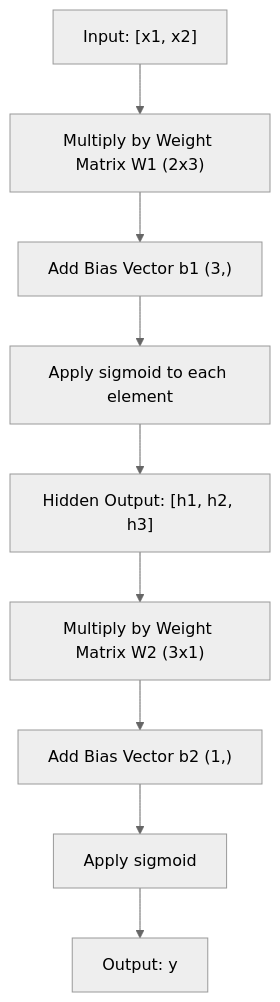
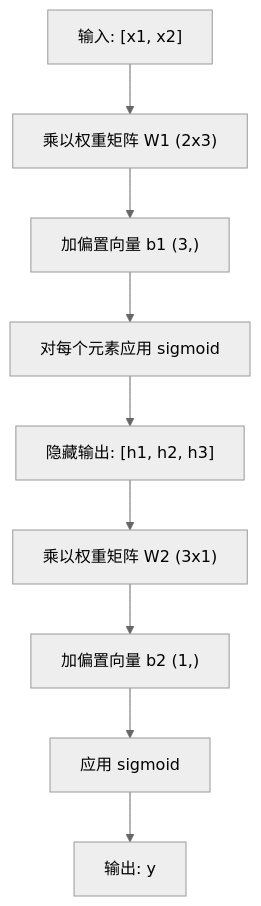
One commit to guangningsun/ailearning changed the second of 3 diagrams in lessons/03-deep-learning-core/02-multi-layer-networks/docs/zh.md. Above: the diagram before and after it, drawn with Mermaid (neutral theme). The commit also changed other lines of this file and 13 other files, not shown here.

````diff
--- a/lessons/03-deep-learning-core/02-multi-layer-networks/docs/zh.md
+++ b/lessons/03-deep-learning-core/02-multi-layer-networks/docs/zh.md
@@ -88,11 +88,11 @@
 ```mermaid
 graph TD
-    X["Input: [x1, x2]"] --> WH["Multiply by Weight Matrix W1 (2x3)"]
-    WH --> BH["Add Bias Vector b1 (3,)"]
-    BH --> AH["Apply sigmoid to each element"]
-    AH --> H["Hidden Output: [h1, h2, h3]"]
-    H --> WO["Multiply by Weight Matrix W2 (3x1)"]
-    WO --> BO["Add Bias Vector b2 (1,)"]
-    BO --> AO["Apply sigmoid"]
-    AO --> Y["Output: y"]
+    X["输入: [x1, x2]"] --> WH["乘以权重矩阵 W1 (2x3)"]
+    WH --> BH["加偏置向量 b1 (3,)"]
+    BH --> AH["对每个元素应用 sigmoid"]
+    AH --> H["隐藏输出: [h1, h2, h3]"]
+    H --> WO["乘以权重矩阵 W2 (3x1)"]
+    WO --> BO["加偏置向量 b2 (1,)"]
+    BO --> AO["应用 sigmoid"]
+    AO --> Y["输出: y"]
 ```
````
